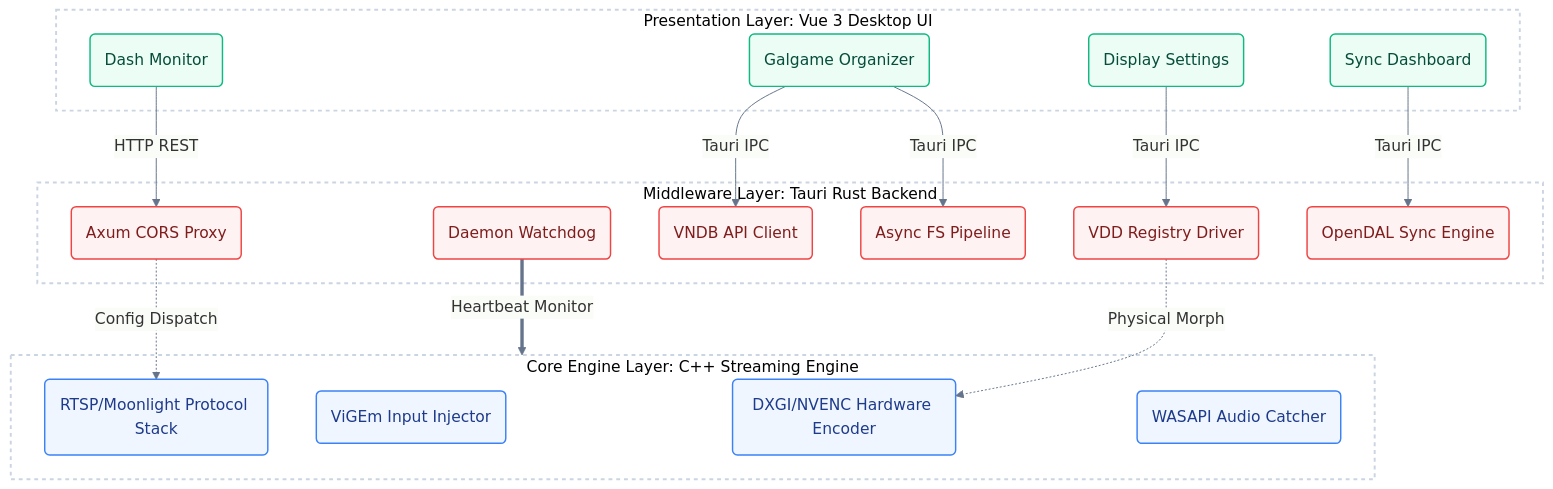
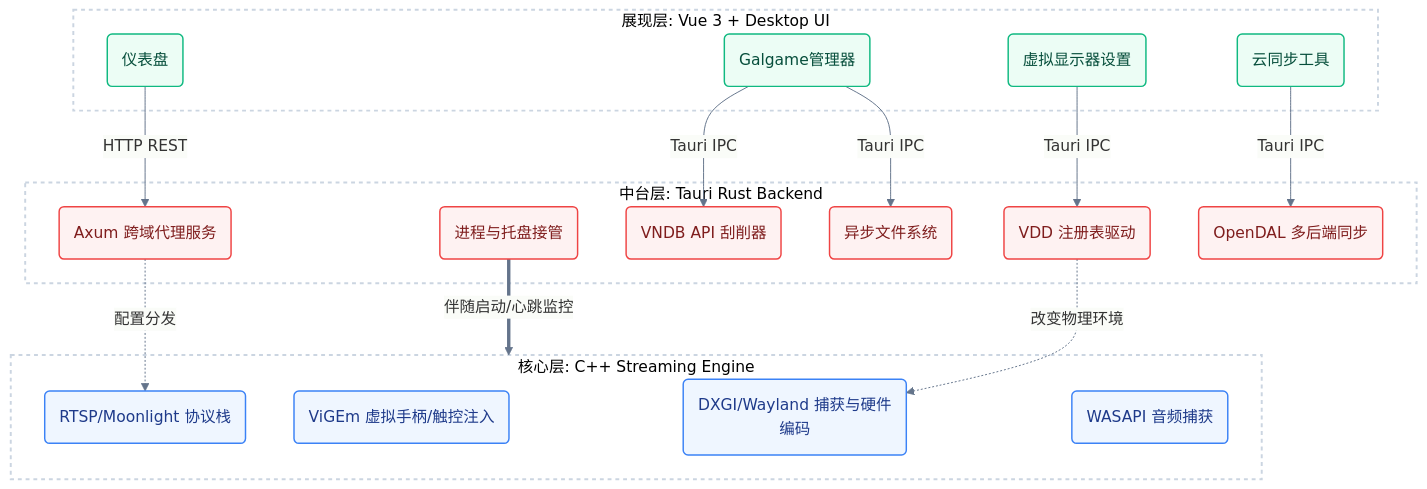
Before and after one commit to Roxy-DD/galremote: the first of 5 diagrams in thesis/chapter4/system_design.md, drawn with Mermaid. The commit also changed other lines of this file, not shown here.

Commit message:
style(thesis): revert diagrams text to Chinese while keeping the flat academic style

````diff
--- a/thesis/chapter4/system_design.md
+++ b/thesis/chapter4/system_design.md
@@ -13,43 +13,43 @@
 ```mermaid
 %%{init: {'theme': 'base', 'themeVariables': { 'fontFamily': 'arial', 'primaryColor': '#F8FAFC', 'primaryBorderColor': '#CBD5E1', 'lineColor': '#64748B'}}}%%
 graph TB
     classDef layer fill:#ffffff,stroke:#CBD5E1,stroke-width:2px,stroke-dasharray: 4 4;
     classDef vue fill:#ECFDF5,stroke:#10B981,stroke-width:1.5px,color:#064E3B;
     classDef rust fill:#FEF2F2,stroke:#EF4444,stroke-width:1.5px,color:#7F1D1D;
     classDef cpp fill:#EFF6FF,stroke:#3B82F6,stroke-width:1.5px,color:#1E3A8A;
     
-    subgraph PresentationLayer [Presentation Layer: Vue 3 Desktop UI]
-        UI_Dash("Dash Monitor"):::vue
-        UI_Gal("Galgame Organizer"):::vue
-        UI_VDD("Display Settings"):::vue
-        UI_Sync("Sync Dashboard"):::vue
+    subgraph PresentationLayer [展现层: Vue 3 + Desktop UI]
+        UI_Dash("仪表盘"):::vue
+        UI_Gal("Galgame管理器"):::vue
+        UI_VDD("虚拟显示器设置"):::vue
+        UI_Sync("云同步工具"):::vue
     end
 
-    subgraph MiddlewareLayer [Middleware Layer: Tauri Rust Backend]
-        Axum("Axum CORS Proxy"):::rust
-        SysMgr("Daemon Watchdog"):::rust
-        VNDB_Scraper("VNDB API Client"):::rust
-        Cloud_Sync("OpenDAL Sync Engine"):::rust
-        VDD_Mgr("VDD Registry Driver"):::rust
-        File_IO("Async FS Pipeline"):::rust
+    subgraph MiddlewareLayer [中台层: Tauri Rust Backend]
+        Axum("Axum 跨域代理服务"):::rust
+        SysMgr("进程与托盘接管"):::rust
+        VNDB_Scraper("VNDB API 刮削器"):::rust
+        Cloud_Sync("OpenDAL 多后端同步"):::rust
+        VDD_Mgr("VDD 注册表驱动"):::rust
+        File_IO("异步文件系统"):::rust
     end
 
-    subgraph CoreEngineLayer [Core Engine Layer: C++ Streaming Engine]
-        Video_Encode("DXGI/NVENC Hardware Encoder"):::cpp
-        Input_Inject("ViGEm Input Injector"):::cpp
-        RTSP_Server("RTSP/Moonlight Protocol Stack"):::cpp
-        Audio_Catch("WASAPI Audio Catcher"):::cpp
+    subgraph CoreEngineLayer [核心层: C++ Streaming Engine]
+        Video_Encode("DXGI/Wayland 捕获与硬件编码"):::cpp
+        Input_Inject("ViGEm 虚拟手柄/触控注入"):::cpp
+        RTSP_Server("RTSP/Moonlight 协议栈"):::cpp
+        Audio_Catch("WASAPI 音频捕获"):::cpp
     end
 
     UI_Dash -->|HTTP REST| Axum
     UI_Gal -->|Tauri IPC| VNDB_Scraper
     UI_Gal -->|Tauri IPC| File_IO
     UI_VDD -->|Tauri IPC| VDD_Mgr
     UI_Sync -->|Tauri IPC| Cloud_Sync
 
-    Axum -.->|Config Dispatch| RTSP_Server
-    SysMgr ==>|Heartbeat Monitor| CoreEngineLayer
-    VDD_Mgr -.->|Physical Morph| Video_Encode
+    Axum -.->|配置分发| RTSP_Server
+    SysMgr ==>|伴随启动/心跳监控| CoreEngineLayer
+    VDD_Mgr -.->|改变物理环境| Video_Encode
 
     class PresentationLayer,MiddlewareLayer,CoreEngineLayer layer;
 ```
````
